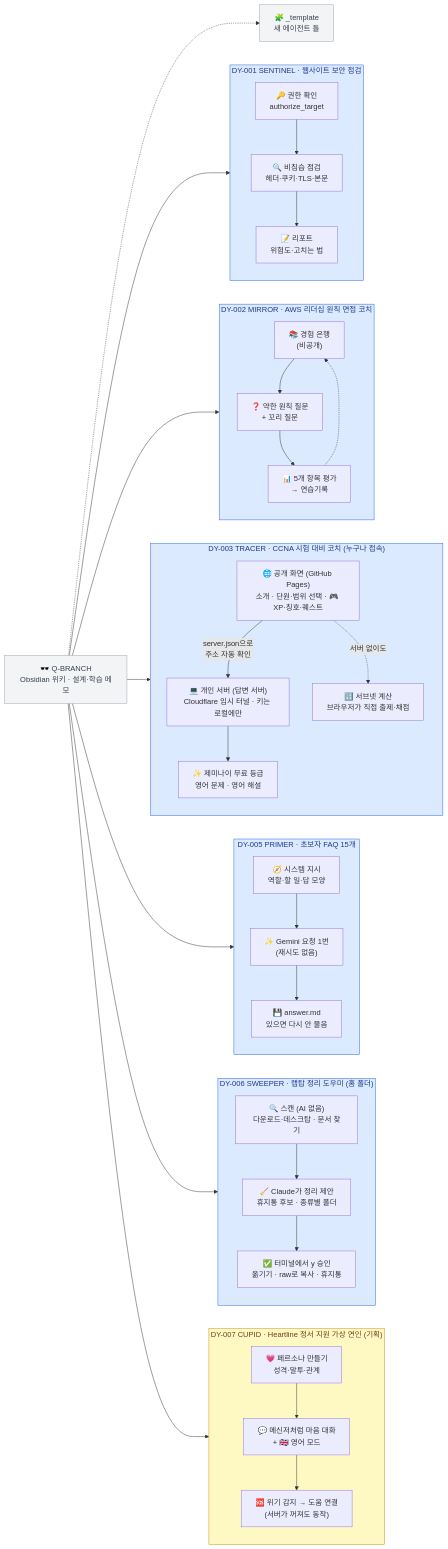
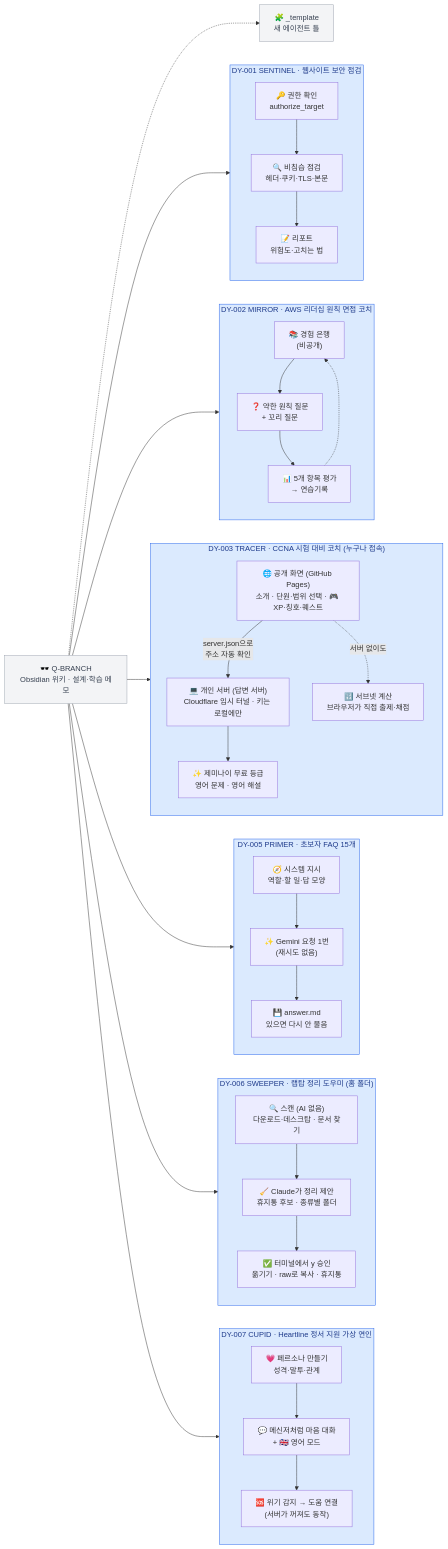
The diagram in README.md (DODO-YONG/Obsidian), drawn with Mermaid before and after one commit. The commit also changed other lines of this file and 28 other files, not shown here.

First line of the commit message:
DY-007 CUPID Heartline 4단계: 서버·앱 화면 구현 + 압축 파일

````diff
--- a/README.md
+++ b/README.md
@@ -12,59 +12,59 @@
 ```mermaid
 flowchart LR
   W["🕶️ Q-BRANCH<br/>Obsidian 위키 · 설계·학습 메모"]
   T["🧩 _template<br/>새 에이전트 틀"]
   W -.-> T
 
   subgraph SA["DY-001 SENTINEL · 웹사이트 보안 점검"]
     direction TB
     SA1["🔑 권한 확인<br/>authorize_target"] --> SA2["🔍 비침습 점검<br/>헤더·쿠키·TLS·본문"]
     SA2 --> SA3["📝 리포트<br/>위험도·고치는 법"]
   end
   W --> SA
 
   subgraph IC["DY-002 MIRROR · AWS 리더십 원칙 면접 코치"]
     direction TB
     IC1["📚 경험 은행<br/>(비공개)"] --> IC2["❓ 약한 원칙 질문<br/>+ 꼬리 질문"]
     IC2 --> IC3["📊 5개 항목 평가<br/>→ 연습기록"]
     IC3 -.-> IC1
   end
   W --> IC
 
   subgraph CC["DY-003 TRACER · CCNA 시험 대비 코치 (누구나 접속)"]
     direction TB
     CC1["🌐 공개 화면 (GitHub Pages)<br/>소개 · 단원·범위 선택 · 🎮 XP·칭호·퀘스트"] -->|"server.json으로<br/>주소 자동 확인"| CC2["💻 개인 서버 (답변 서버)<br/>Cloudflare 임시 터널 · 키는 로컬에만"]
     CC2 --> CC3["✨ 제미나이 무료 등급<br/>영어 문제 · 영어 해설"]
     CC1 -.->|"서버 없이도"| CC4["🔢 서브넷 계산<br/>브라우저가 직접 출제·채점"]
   end
   W --> CC
 
   subgraph BF["DY-005 PRIMER · 초보자 FAQ 15개"]
     direction TB
     BF1["🧭 시스템 지시<br/>역할·할 일·답 모양"] --> BF2["✨ Gemini 요청 1번<br/>(재시도 없음)"]
     BF2 --> BF3["💾 answer.md<br/>있으면 다시 안 물음"]
   end
   W --> BF
 
   subgraph LH["DY-006 SWEEPER · 랩탑 정리 도우미 (홈 폴더)"]
     direction TB
     LH1["🔍 스캔 (AI 없음)<br/>다운로드·데스크탑 · 문서 찾기"] --> LH2["🧹 Claude가 정리 제안<br/>휴지통 후보 · 종류별 폴더"]
     LH2 --> LH3["✅ 터미널에서 y 승인<br/>옮기기 · raw로 복사 · 휴지통"]
   end
   W --> LH
 
-  subgraph HL["DY-007 CUPID · Heartline 정서 지원 가상 연인 (기획)"]
+  subgraph HL["DY-007 CUPID · Heartline 정서 지원 가상 연인"]
     direction TB
     HL1["💗 페르소나 만들기<br/>성격·말투·관계"] --> HL2["💬 메신저처럼 마음 대화<br/>+ 🇬🇧 영어 모드"]
     HL2 --> HL3["🆘 위기 감지 → 도움 연결<br/>(서버가 꺼져도 동작)"]
   end
   W --> HL
 
   classDef base fill:#f3f4f6,stroke:#9ca3af,color:#374151
   class W,T base
   style SA fill:#dbeafe,stroke:#2563eb,color:#1e3a8a
   style IC fill:#dbeafe,stroke:#2563eb,color:#1e3a8a
   style CC fill:#dbeafe,stroke:#2563eb,color:#1e3a8a
   style BF fill:#dbeafe,stroke:#2563eb,color:#1e3a8a
   style LH fill:#dbeafe,stroke:#2563eb,color:#1e3a8a
-  style HL fill:#fef9c3,stroke:#ca8a04,color:#713f12
+  style HL fill:#dbeafe,stroke:#2563eb,color:#1e3a8a
 ```
````
